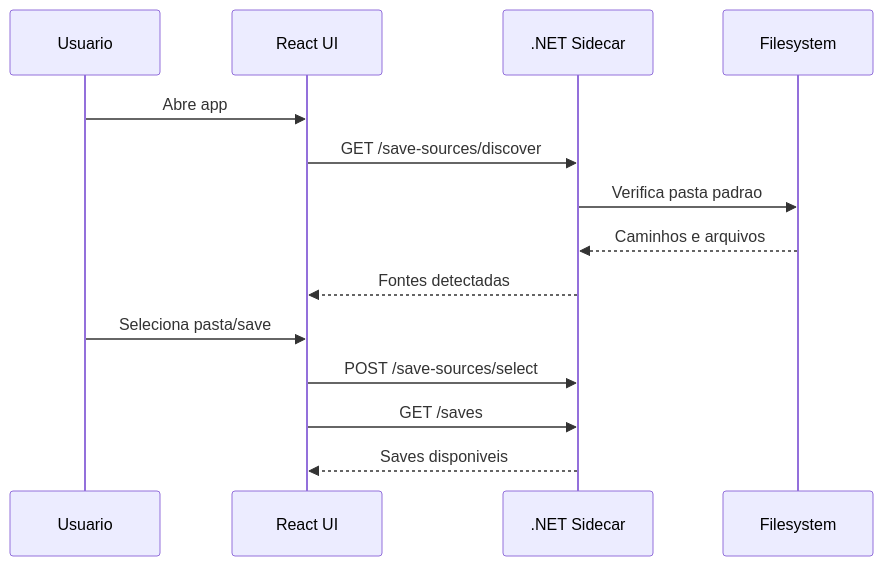
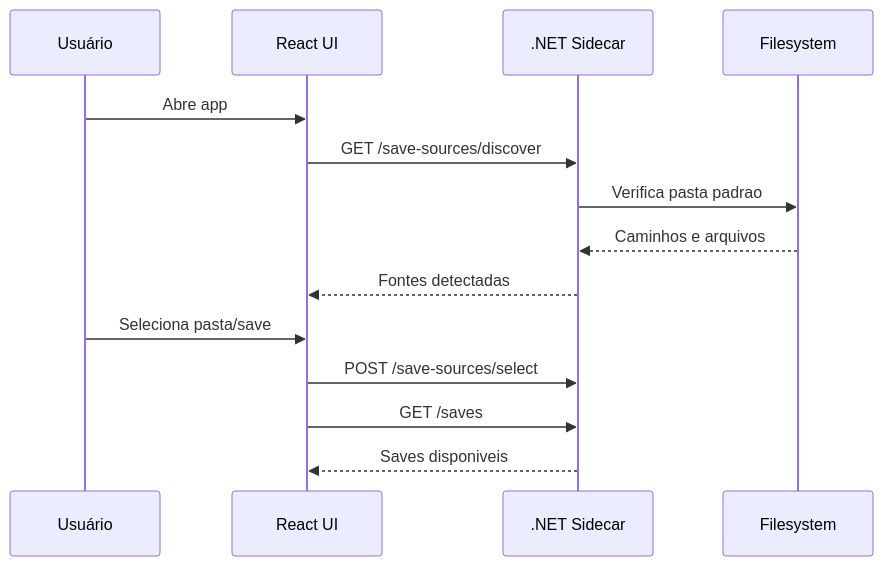
Before and after one commit to thaifurforo/fom-oracle: the second of 4 diagrams in .catalog/architecture.md, drawn with Mermaid. The commit also changed other lines of this file and 32 other files, not shown here.

````diff
--- a/.catalog/architecture.md
+++ b/.catalog/architecture.md
@@ -286,17 +286,17 @@
 ```mermaid
 sequenceDiagram
-  participant U as Usuario
+  participant U as Usuário
   participant UI as React UI
   participant API as .NET Sidecar
   participant FS as Filesystem
 
   U->>UI: Abre app
   UI->>API: GET /save-sources/discover
   API->>FS: Verifica pasta padrao
   FS-->>API: Caminhos e arquivos
   API-->>UI: Fontes detectadas
   U->>UI: Seleciona pasta/save
   UI->>API: POST /save-sources/select
   UI->>API: GET /saves
   API-->>UI: Saves disponiveis
 ```
````
